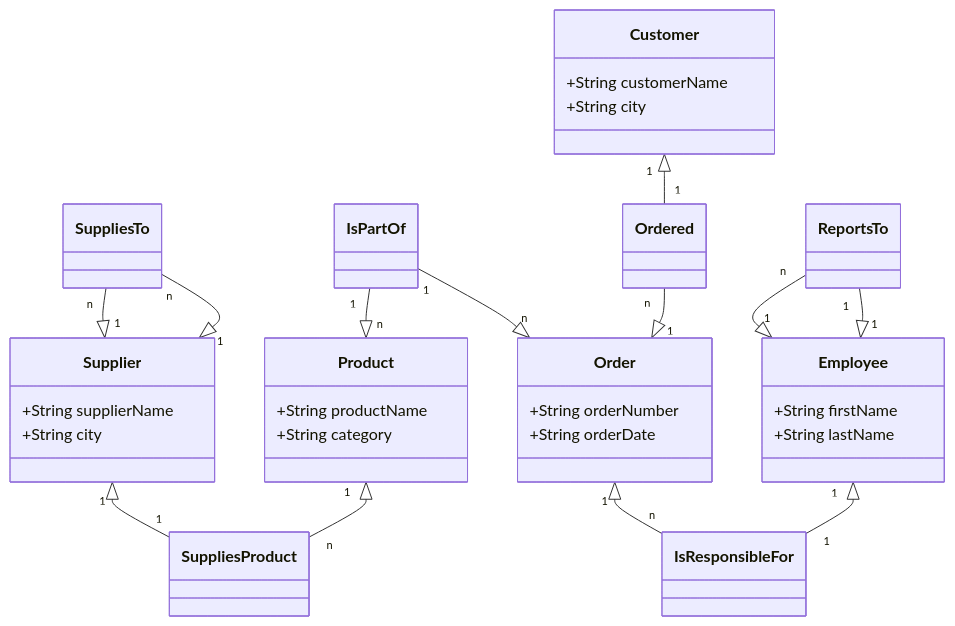
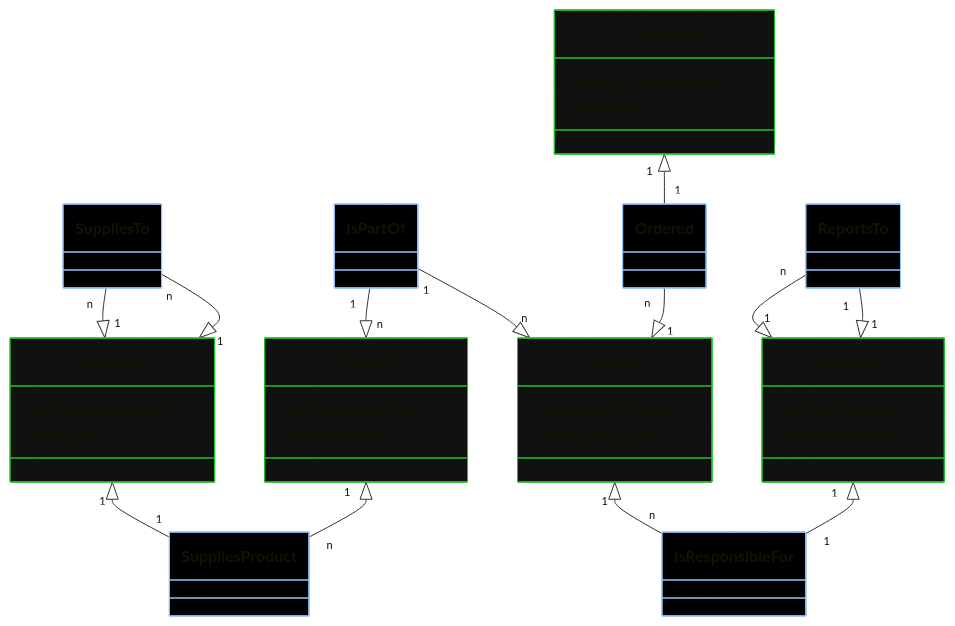
The diagram in docs/GENERATOR_TABLE_ORDER.md (SimekJan/oxm-benchmark), drawn with Mermaid before and after one commit. The commit also changed 2 other files, not shown here.

Commit message:
Add and improve docs visualization styles

````diff
--- a/docs/GENERATOR_TABLE_ORDER.md
+++ b/docs/GENERATOR_TABLE_ORDER.md
@@ -33,54 +33,68 @@
 ```mermaid
 classDiagram
+
     class Employee {
         +String firstName
         +String lastName
     }
     class Product {
         +String productName
         +String category
     }
     class Supplier {
         +String supplierName
         +String city
     }
     class Order {
         +String orderNumber
         +String orderDate
     }
     class Customer {
         +String customerName
         +String city
     }
 
     class SuppliesTo {
     }
     class IsPartOf {
     }
     class SuppliesProduct {
     }
     class Ordered {
     }
     class ReportsTo {
     }
     class IsResponsibleFor {
     }
 
     SuppliesTo "n" --|> "1" Supplier
     SuppliesTo "n" --|> "1" Supplier
 
     Supplier "1" <|-- "1" SuppliesProduct
     Product "1" <|-- "n" SuppliesProduct
 
     IsPartOf "1" --|> "n" Order
     IsPartOf "1" --|> "n" Product
 
     Customer "1" <|-- "1" Ordered
     Ordered "n" --|> "1" Order
 
     ReportsTo "1" --|> "1" Employee
     ReportsTo "n" --|> "1" Employee
 
     Employee "1" <|-- "1" IsResponsibleFor
     Order "1" <|-- "n" IsResponsibleFor
+
+    style SuppliesTo fill: #000000, stroke: #93C5FD
+    style IsPartOf fill: #000000, stroke: #93C5FD
+    style SuppliesProduct fill: #000000, stroke: #93C5FD
+    style Ordered fill: #000000, stroke: #93C5FD
+    style ReportsTo fill: #000000, stroke: #93C5FD
+    style IsResponsibleFor fill: #000000, stroke: #93C5FD
+
+    style Employee fill: #111111, stroke: #1cc327
+    style Order fill: #111111, stroke: #1cc327
+    style Product fill: #111111, stroke: #1cc327
+    style Supplier fill: #111111, stroke: #1cc327
+    style Customer fill: #111111, stroke: #1cc327
 ```
````
